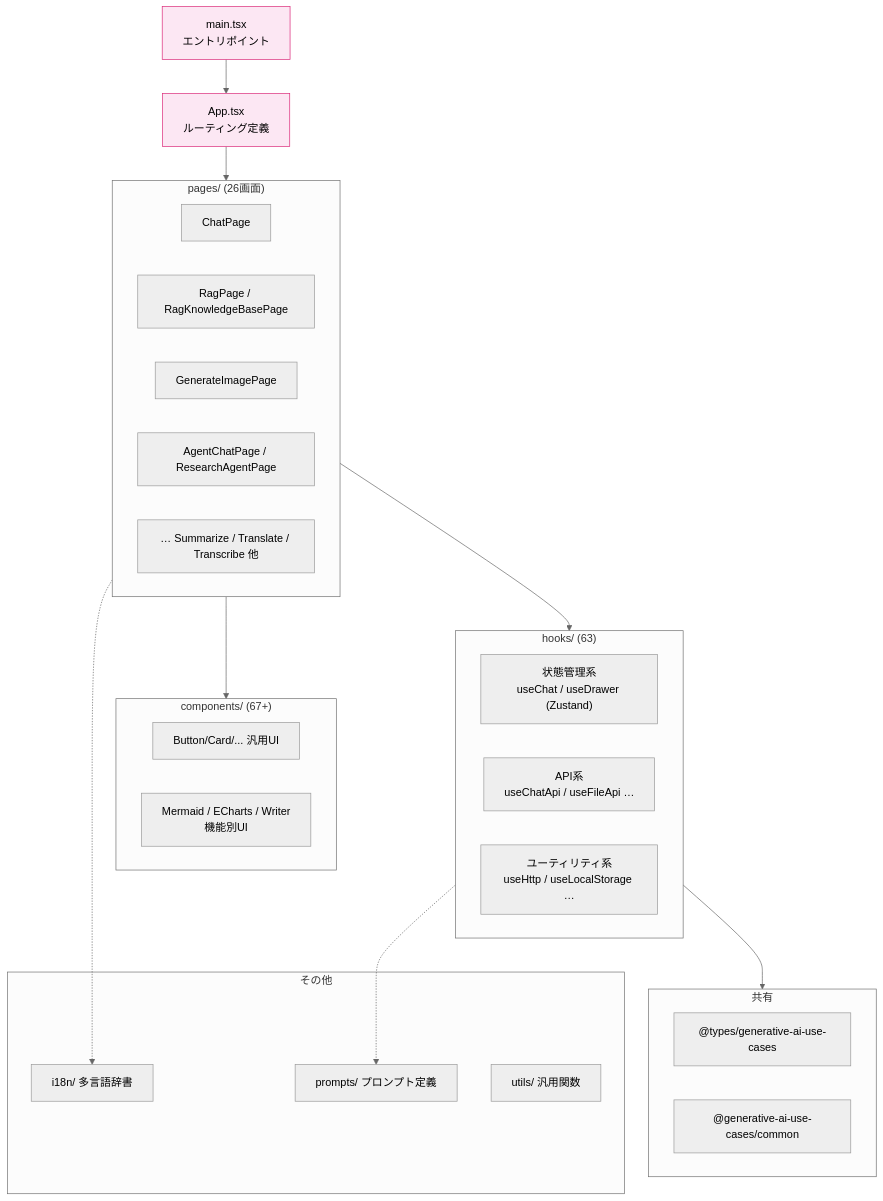
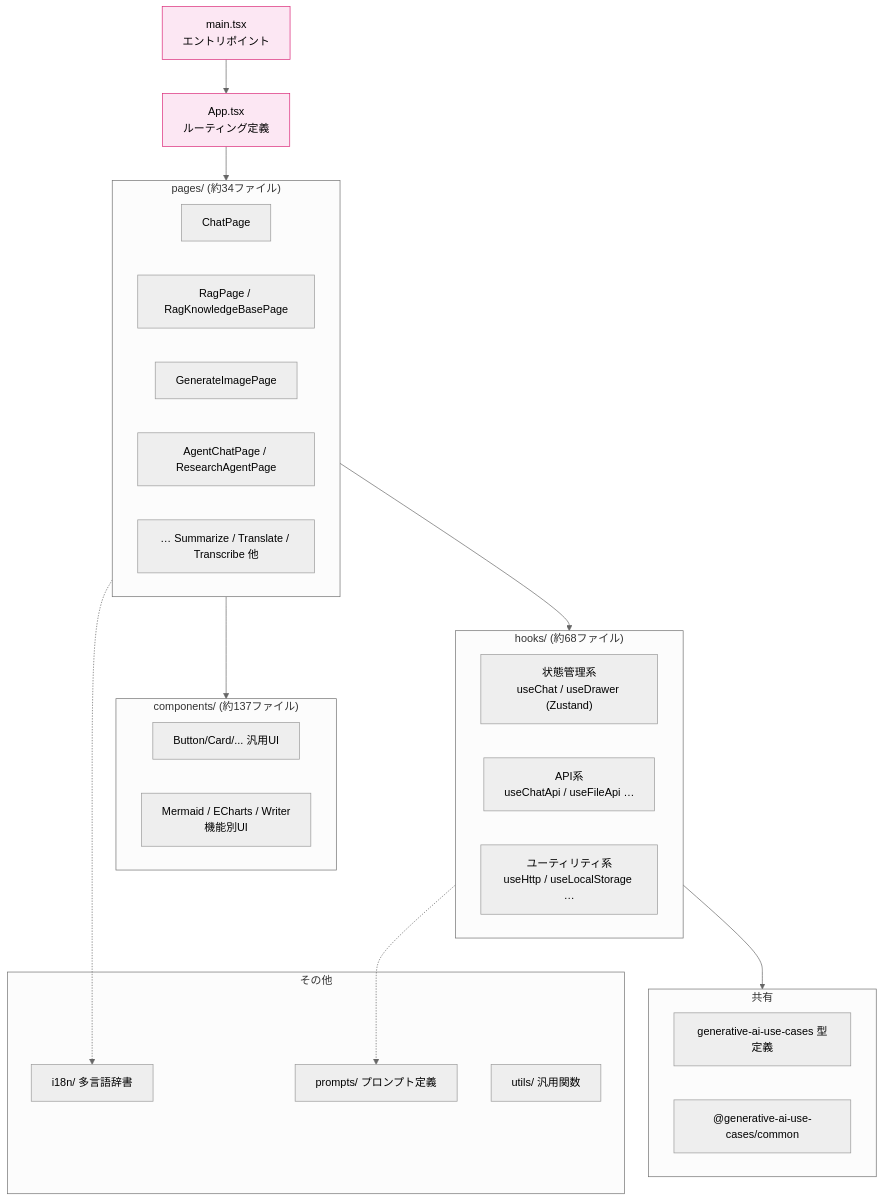
Before and after one commit to Noriaki-4/aws-genu-study: the third of 4 diagrams in docs/mydocs/code-map.md, drawn with Mermaid (neutral theme). The commit also changed other lines of this file, not shown here.

````diff
--- a/docs/mydocs/code-map.md
+++ b/docs/mydocs/code-map.md
@@ -95,47 +95,47 @@
 ```mermaid
 graph TD
     main["main.tsx<br/>エントリポイント"]
     app["App.tsx<br/>ルーティング定義"]
 
     main --> app
 
     app --> pages
-    subgraph pages["pages/ (26画面)"]
+    subgraph pages["pages/ (約34ファイル)"]
         chat["ChatPage"]
         rag["RagPage / RagKnowledgeBasePage"]
         img["GenerateImagePage"]
         agent["AgentChatPage / ResearchAgentPage"]
         etc["… Summarize / Translate / Transcribe 他"]
     end
 
     pages --> components
     pages --> hooks
 
-    subgraph components["components/ (67+)"]
+    subgraph components["components/ (約137ファイル)"]
         ui["Button/Card/... 汎用UI"]
         feature["Mermaid / ECharts / Writer<br/>機能別UI"]
     end
 
-    subgraph hooks["hooks/ (63)"]
+    subgraph hooks["hooks/ (約68ファイル)"]
         state["状態管理系<br/>useChat / useDrawer (Zustand)"]
         api["API系<br/>useChatApi / useFileApi …"]
         util["ユーティリティ系<br/>useHttp / useLocalStorage …"]
     end
 
     hooks --> shared
     subgraph shared["共有"]
-        types2["@types/generative-ai-use-cases"]
+        types2["generative-ai-use-cases 型定義"]
         common2["@generative-ai-use-cases/common"]
     end
 
     subgraph others["その他"]
         i18n["i18n/ 多言語辞書"]
         prompts["prompts/ プロンプト定義"]
         utils["utils/ 汎用関数"]
     end
     pages -.-> i18n
     hooks -.-> prompts
 
     classDef entry fill:#fce7f3,stroke:#db2777;
     class main,app entry;
 ```
````
